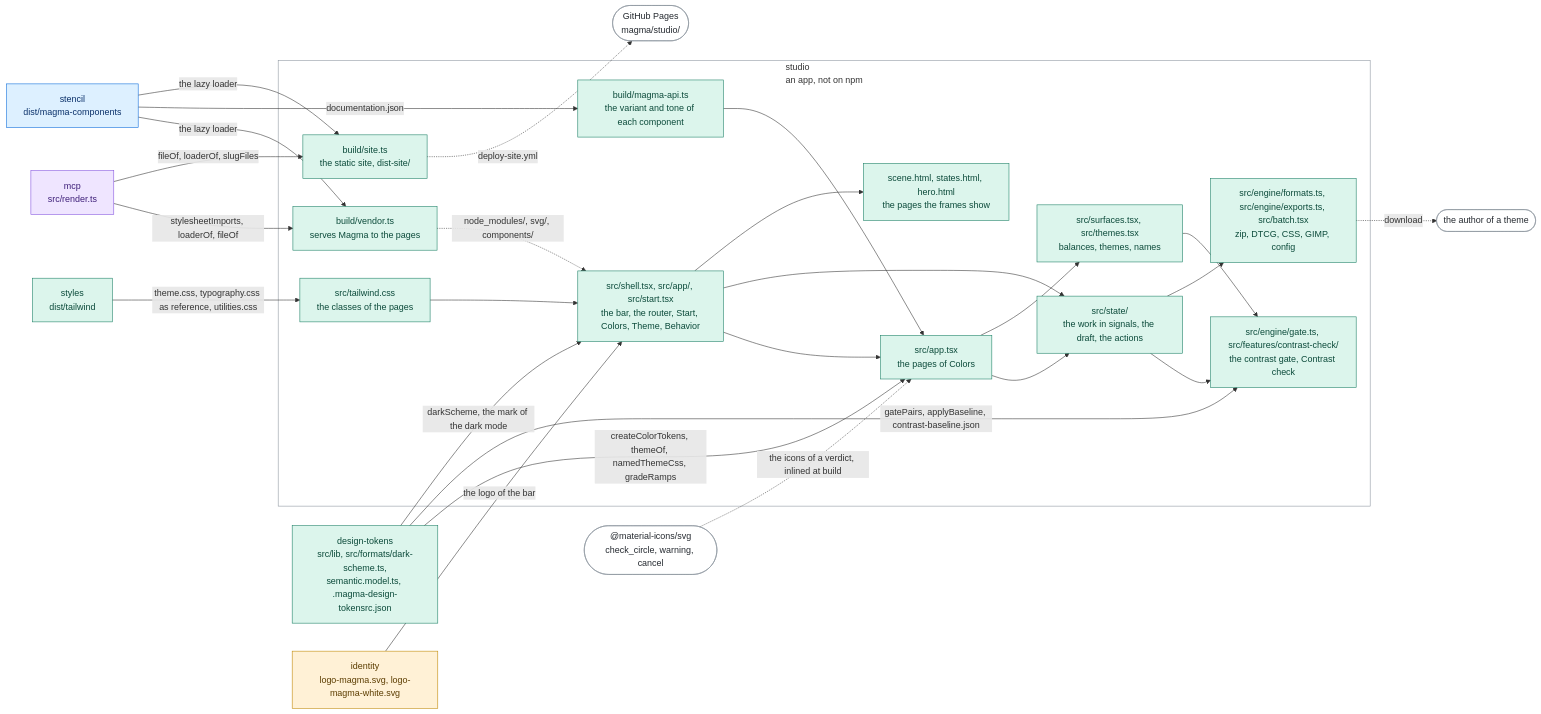
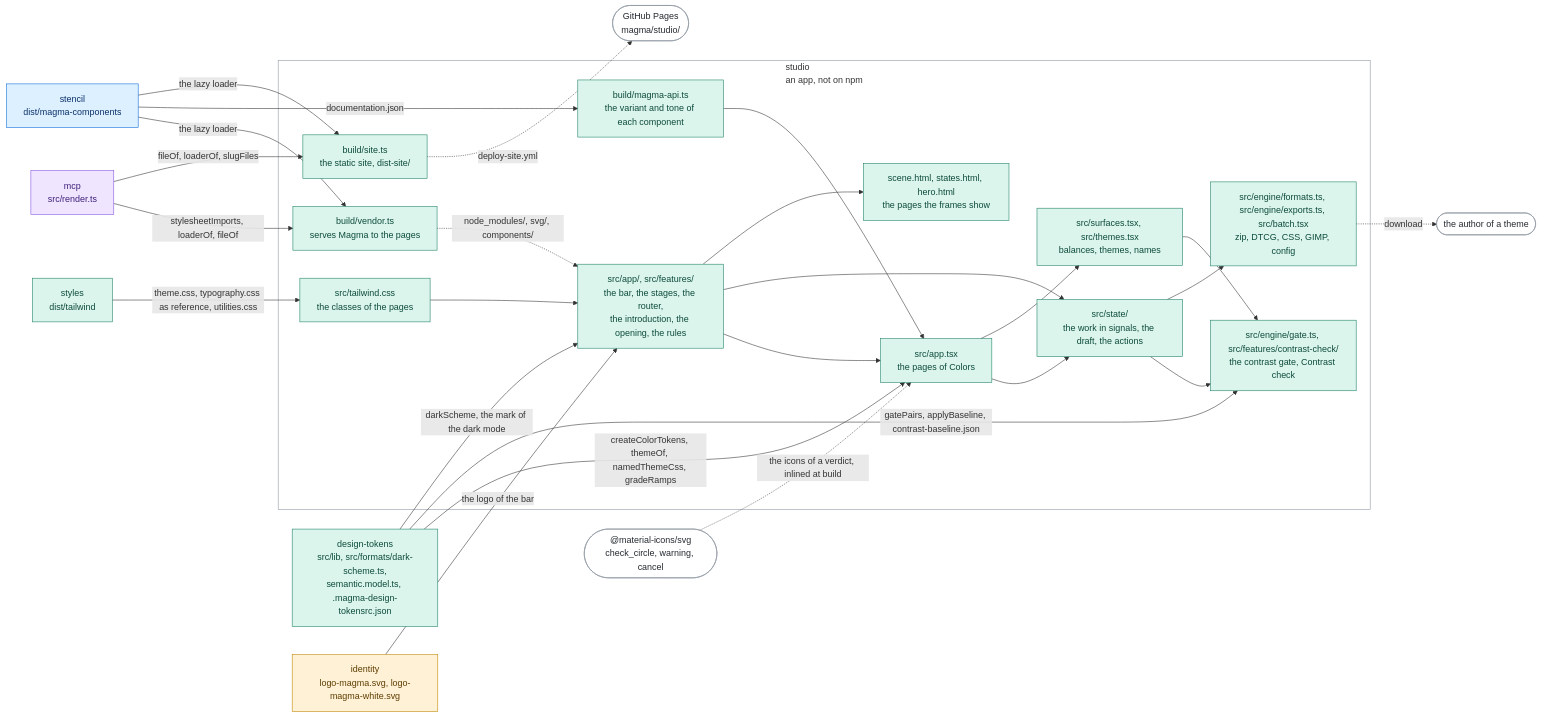
Before and after one commit to magma-design-system/magma: the diagram in projects/studio/README.md, drawn with Mermaid. The commit also changed other lines of this file and 2 other files, not shown here.

First line of the commit message:
docs(studio): the frame of the flow in the README, the model and the register

````diff
--- a/projects/studio/README.md
+++ b/projects/studio/README.md
@@ -390,58 +419,58 @@
 ```mermaid
 flowchart LR
   DT["design-tokens<br/>src/lib, src/formats/dark-scheme.ts,<br/>semantic.model.ts, .magma-design-tokensrc.json"]
   MCP["mcp<br/>src/render.ts"]
   WC["stencil<br/>dist/magma-components"]
   ID["identity<br/>logo-magma.svg, logo-magma-white.svg"]
   ST["styles<br/>dist/tailwind"]
   subgraph stu["studio<br/>an app, not on npm"]
-    SHELL["src/shell.tsx, src/app/, src/start.tsx<br/>the bar, the router, Start, Colors, Theme, Behavior"]
+    SHELL["src/app/, src/features/<br/>the bar, the stages, the router,<br/>the introduction, the opening, the rules"]
     STATE["src/state/<br/>the work in signals, the draft, the actions"]
     APP["src/app.tsx<br/>the pages of Colors"]
     SURF["src/surfaces.tsx, src/themes.tsx<br/>balances, themes, names"]
     GATE["src/engine/gate.ts, src/features/contrast-check/<br/>the contrast gate, Contrast check"]
     OUT["src/engine/formats.ts, src/engine/exports.ts, src/batch.tsx<br/>zip, DTCG, CSS, GIMP, config"]
     VEN["build/vendor.ts<br/>serves Magma to the pages"]
     API["build/magma-api.ts<br/>the variant and tone of each component"]
     SITE["build/site.ts<br/>the static site, dist-site/"]
     SCENE["scene.html, states.html, hero.html<br/>the pages the frames show"]
     TW["src/tailwind.css<br/>the classes of the pages"]
     SHELL --> APP
     SHELL --> STATE
     SHELL --> SCENE
     APP --> STATE
     APP --> SURF
     STATE --> GATE
     STATE --> OUT
     SURF --> GATE
     API --> APP
     TW --> SHELL
   end
   DT -->|"createColorTokens, themeOf, namedThemeCss, gradeRamps"| APP
   DT -->|"gatePairs, applyBaseline, contrast-baseline.json"| GATE
   DT -->|"darkScheme, the mark of the dark mode"| SHELL
   MCP -->|"stylesheetImports, loaderOf, fileOf"| VEN
   MCP -->|"fileOf, loaderOf, slugFiles"| SITE
   WC -->|"the lazy loader"| VEN
   WC -->|"documentation.json"| API
   WC -->|"the lazy loader"| SITE
   ID -->|"the logo of the bar"| SHELL
   ST -->|"theme.css, typography.css as reference, utilities.css"| TW
   VEN -.->|"node_modules/, svg/, components/"| SHELL
   SITE -.->|"deploy-site.yml"| PAGES(["GitHub Pages<br/>magma/studio/"])
   OUT -.->|"download"| AUTHOR(["the author of a theme"])
   MI(["@material-icons/svg<br/>check_circle, warning, cancel"]) -.->|"the icons of a verdict, inlined at build"| APP
   class DT,ST,APP,STATE,SURF,GATE,OUT,SHELL,VEN,API,SITE,SCENE,TW visual
   class MCP ai
   class WC components
   class ID assets
   class AUTHOR,PAGES,MI outside
   class stu area
   classDef ai fill:#efe5ff,stroke:#8250df,color:#3e1f79
   classDef assets fill:#fff1d6,stroke:#bf8700,color:#5c3d00
   classDef visual fill:#dcf5ec,stroke:#1a7f64,color:#0b4a3a
   classDef components fill:#ddf0ff,stroke:#0969da,color:#0a3069
   classDef tooling fill:#eceff3,stroke:#57606a,color:#24292f
   classDef outside fill:#ffffff,stroke:#8c959f,color:#24292f
   classDef area fill:none,stroke:#8c959f
 ```
````
